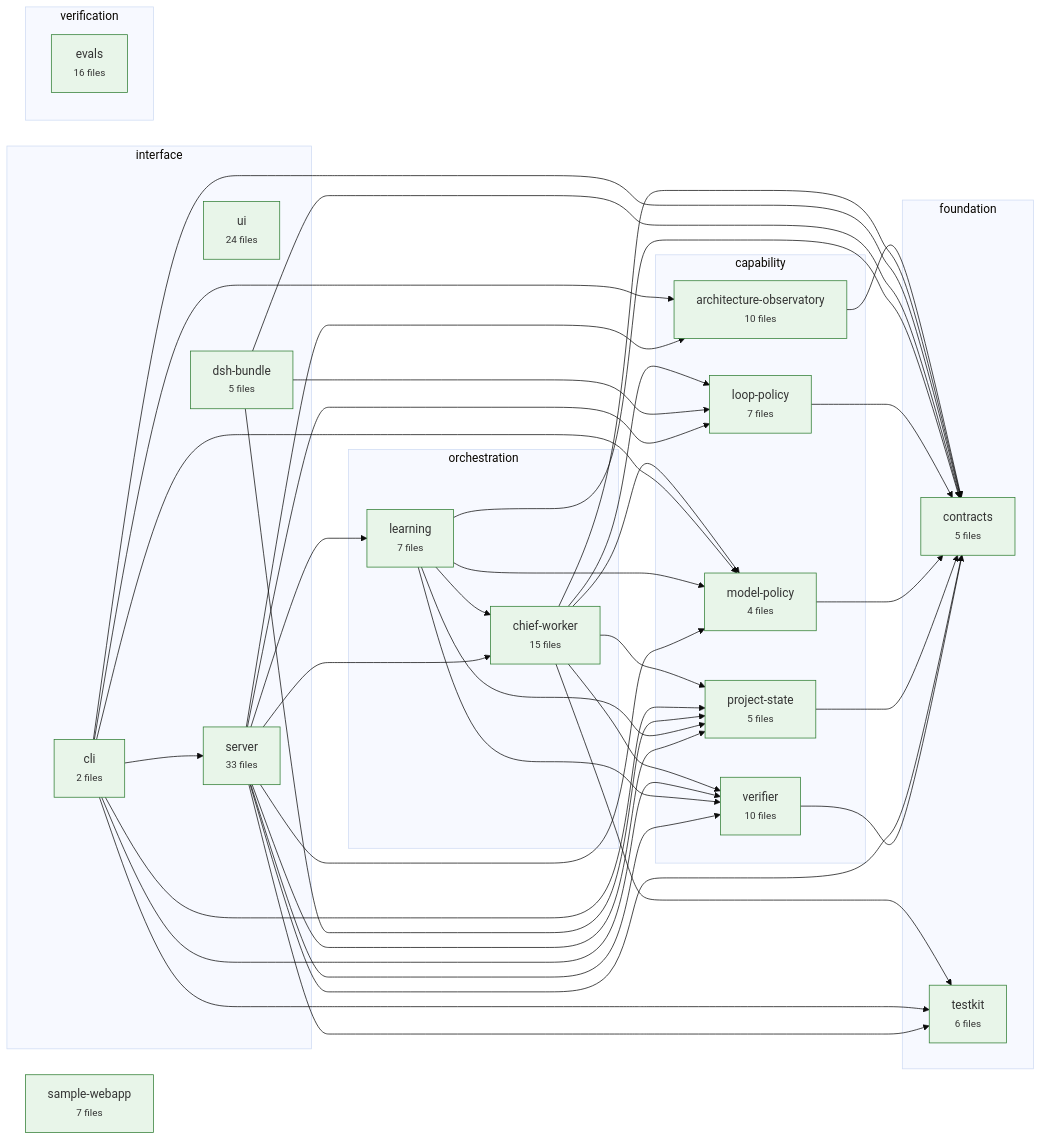
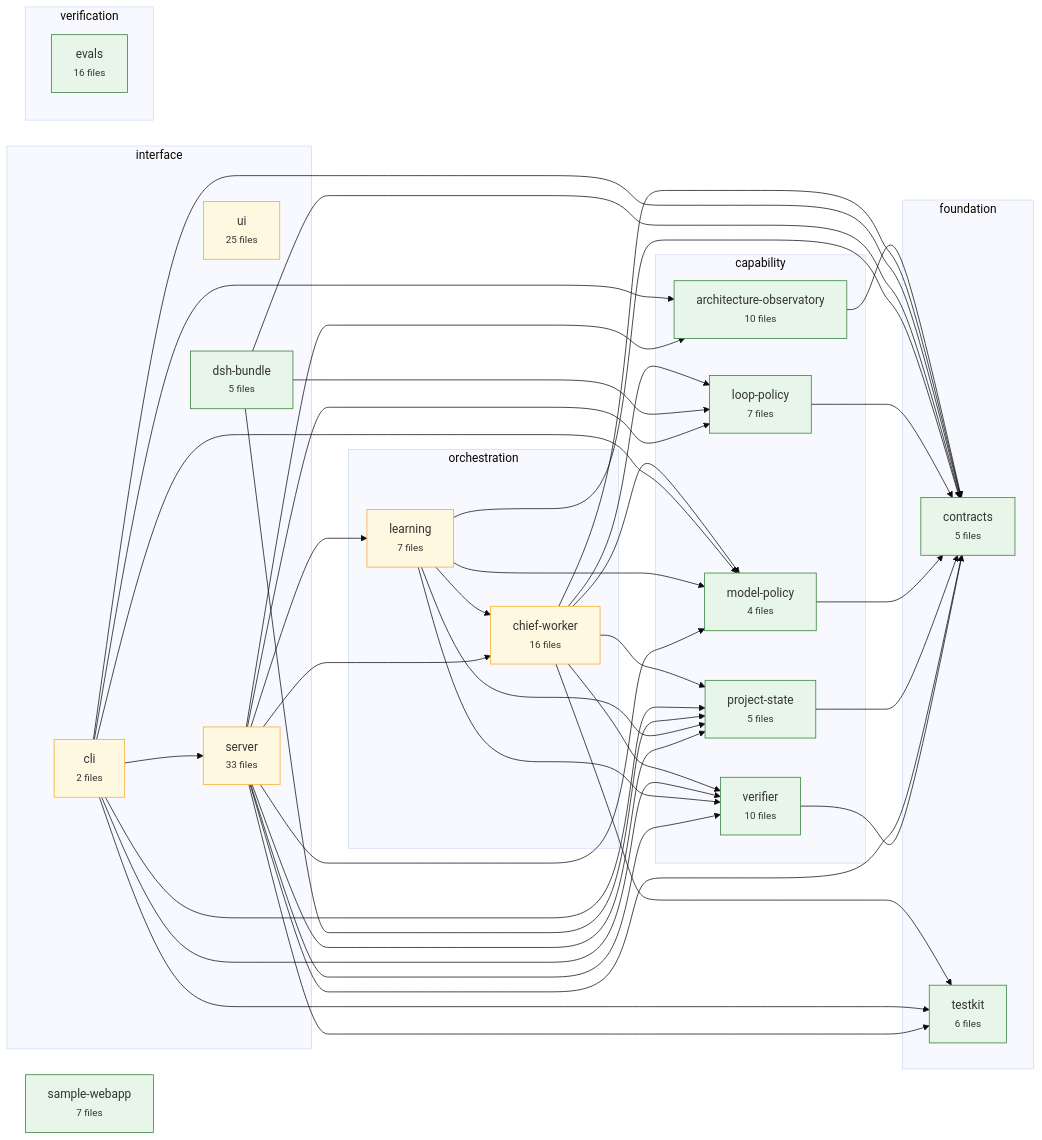
Before and after one commit to CharAzinabulu0079/dgx-super-agent: the diagram in .architecture/graph.mmd, drawn with Mermaid (base theme). The commit also changed 29 other files, not shown here.

```diff
--- a/.architecture/graph.mmd
+++ b/.architecture/graph.mmd
@@ -1,81 +1,81 @@
 flowchart LR
   subgraph layer_foundation["foundation"]
     contracts["contracts<br/><small>5 files</small>"]
     testkit["testkit<br/><small>6 files</small>"]
   end
   subgraph layer_capability["capability"]
     project_state["project-state<br/><small>5 files</small>"]
     verifier["verifier<br/><small>10 files</small>"]
     loop_policy["loop-policy<br/><small>7 files</small>"]
     model_policy["model-policy<br/><small>4 files</small>"]
     architecture_observatory["architecture-observatory<br/><small>10 files</small>"]
   end
   subgraph layer_orchestration["orchestration"]
     learning["learning<br/><small>7 files</small>"]
-    chief_worker["chief-worker<br/><small>15 files</small>"]
+    chief_worker["chief-worker<br/><small>16 files</small>"]
   end
   subgraph layer_interface["interface"]
     server["server<br/><small>33 files</small>"]
     cli["cli<br/><small>2 files</small>"]
-    ui["ui<br/><small>24 files</small>"]
+    ui["ui<br/><small>25 files</small>"]
     dsh_bundle["dsh-bundle<br/><small>5 files</small>"]
   end
   subgraph layer_verification["verification"]
     evals["evals<br/><small>16 files</small>"]
   end
   sample_webapp["sample-webapp<br/><small>7 files</small>"]
   architecture_observatory --> contracts
   chief_worker --> contracts
   chief_worker --> loop_policy
   chief_worker --> model_policy
   chief_worker --> project_state
   chief_worker --> testkit
   chief_worker --> verifier
   cli --> architecture_observatory
   cli --> contracts
   cli --> model_policy
   cli --> project_state
   cli --> server
   cli --> testkit
   cli --> verifier
   dsh_bundle --> contracts
   dsh_bundle --> loop_policy
   dsh_bundle --> project_state
   learning --> chief_worker
   learning --> contracts
   learning --> model_policy
   learning --> project_state
   learning --> verifier
   loop_policy --> contracts
   model_policy --> contracts
   project_state --> contracts
   server --> architecture_observatory
   server --> chief_worker
   server --> contracts
   server --> learning
   server --> loop_policy
   server --> model_policy
   server --> project_state
   server --> testkit
   server --> verifier
   verifier --> contracts
   classDef stable fill:#e8f5e9,stroke:#2e7d32
   classDef changing fill:#fff8e1,stroke:#f9a825
   classDef worker_active fill:#e3f2fd,stroke:#1565c0
   classDef gate_failed fill:#ffebee,stroke:#c62828
   classDef protected stroke:#6a1b9a,stroke-width:3px
   class contracts stable
   class testkit stable
   class project_state stable
   class verifier stable
   class loop_policy stable
   class model_policy stable
   class architecture_observatory stable
-  class learning stable
-  class chief_worker stable
-  class server stable
-  class cli stable
-  class ui stable
+  class learning changing
+  class chief_worker changing
+  class server changing
+  class cli changing
+  class ui changing
   class dsh_bundle stable
   class evals stable
   class sample_webapp stable
```
